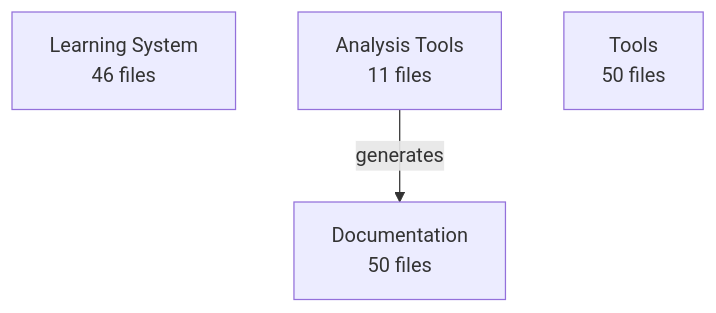
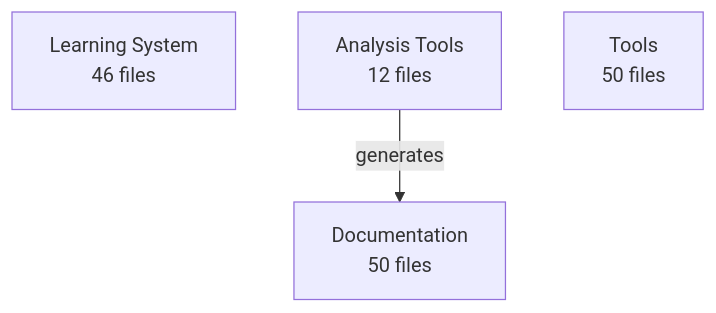
Before and after one commit to enufacas/Chained: the diagram in docs/data/architecture/architecture.mmd, drawn with Mermaid. The commit also changed 6 other files, not shown here.

First line of the commit message:
🏗️ Update architecture evolution tracking

```diff
--- a/docs/data/architecture/architecture.mmd
+++ b/docs/data/architecture/architecture.mmd
@@ -1,6 +1,6 @@
 graph TD
     learning_system[Learning System<br/>46 files]
-    analysis_tools[Analysis Tools<br/>11 files]
+    analysis_tools[Analysis Tools<br/>12 files]
     documentation[Documentation<br/>50 files]
     tools[Tools<br/>50 files]
     analysis_tools -->|generates| documentation
```
